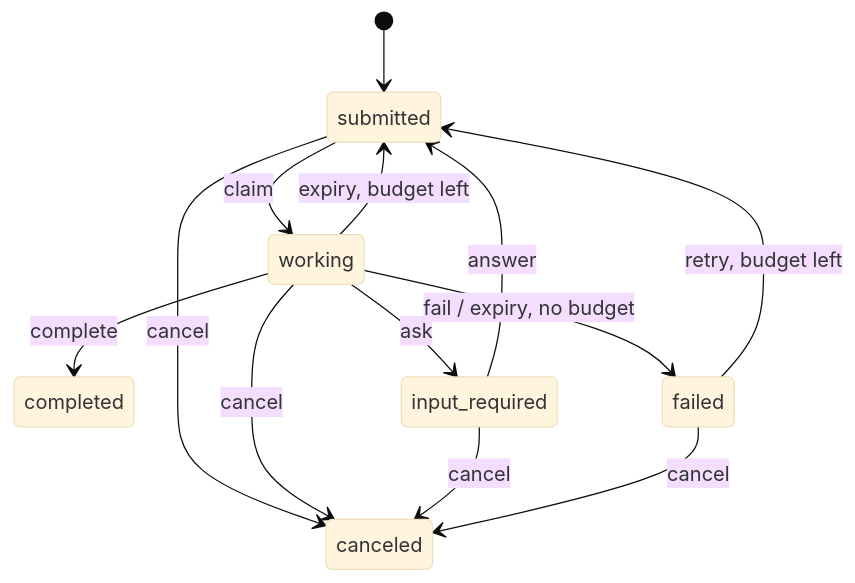
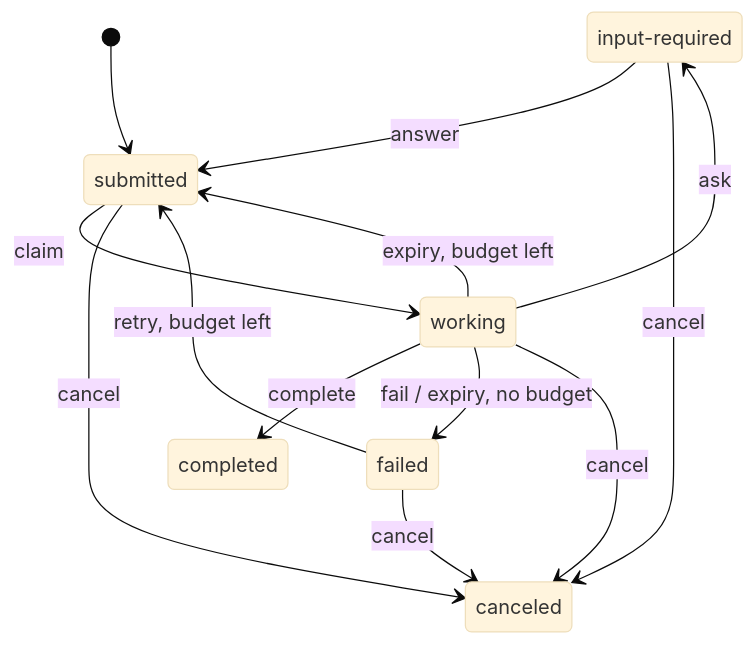
The diagram in crates/agent-mesh/README.md (madmax983/scale), drawn with Mermaid (base theme) before and after one commit. The commit also changed other lines of this file and 33 other files, not shown here.

````diff
--- a/crates/agent-mesh/README.md
+++ b/crates/agent-mesh/README.md
@@ -53,15 +55,16 @@
 ```mermaid
 stateDiagram-v2
+    state "input-required" as input_required
     [*] --> submitted
     submitted --> working: claim
     working --> completed: complete
     working --> failed: fail / expiry, no budget
     working --> input_required: ask
     working --> submitted: expiry, budget left
     input_required --> submitted: answer
     failed --> submitted: retry, budget left
     submitted --> canceled: cancel
     working --> canceled: cancel
     input_required --> canceled: cancel
     failed --> canceled: cancel
 ```
````
